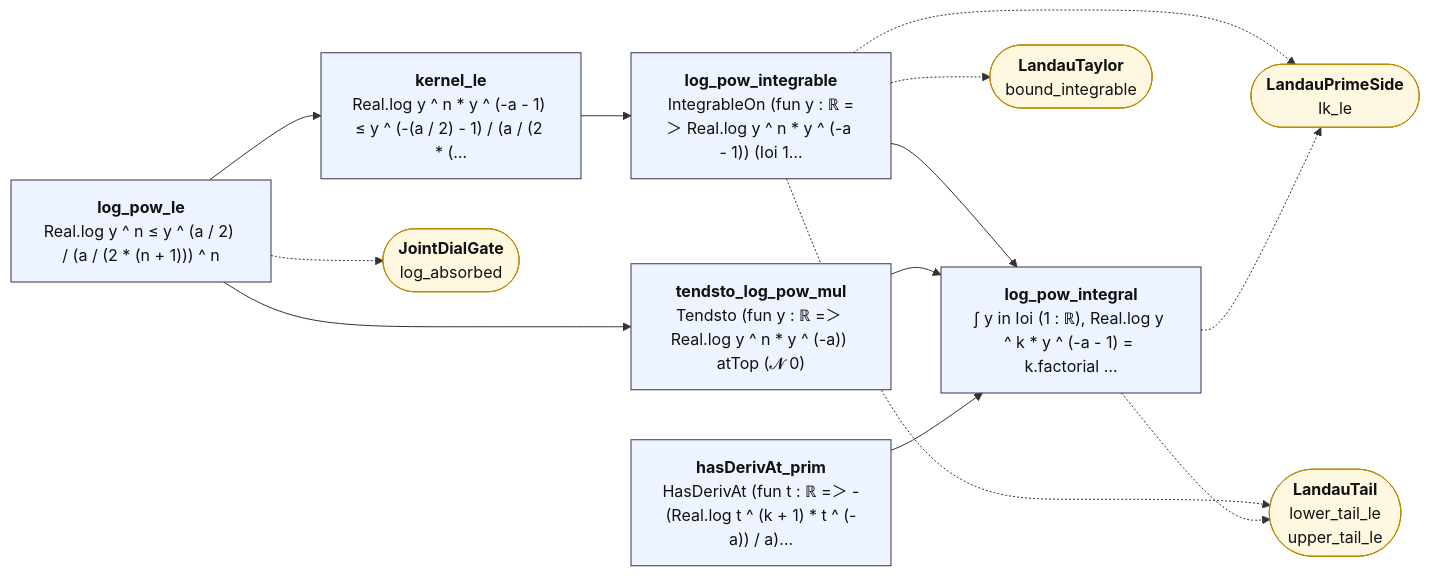
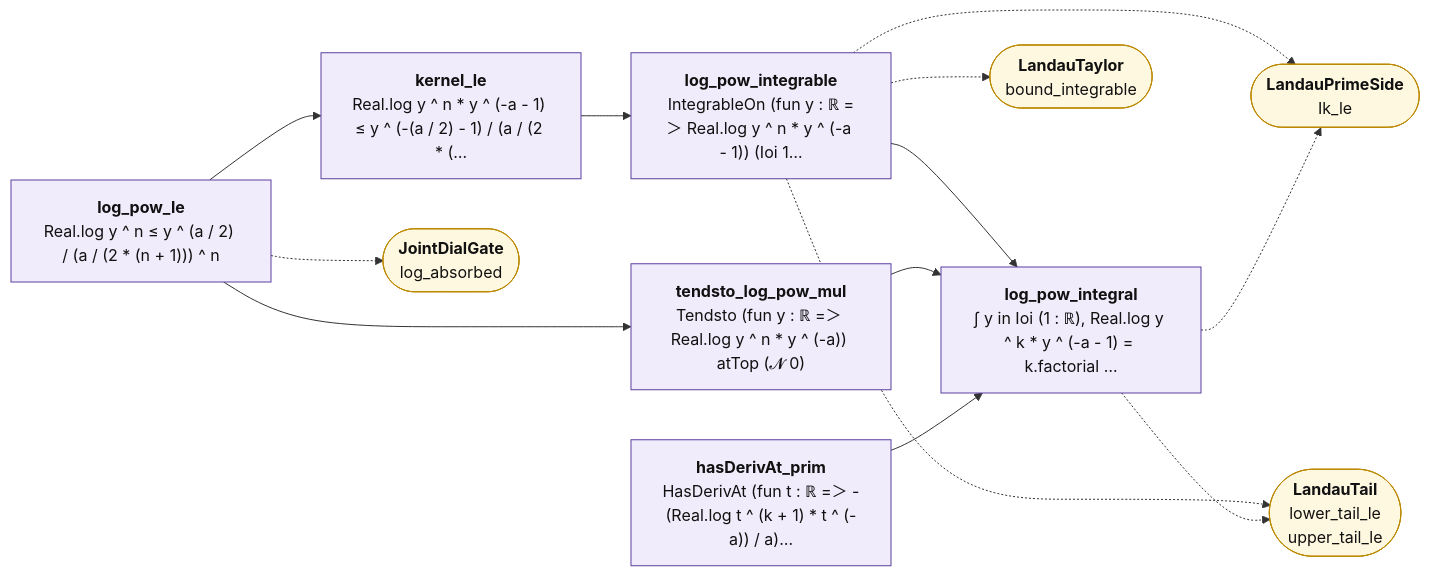
The diagram in map/lean_stage3/LandauKernel.md (juliansambranojr/Primebeat_081426), drawn with Mermaid before and after one commit. The commit also changed other lines of this file and 398 other files, not shown here.

````diff
--- a/map/lean_stage3/LandauKernel.md
+++ b/map/lean_stage3/LandauKernel.md
@@ -12,30 +12,33 @@
 ```mermaid
 flowchart LR
-  n0["<b>log_pow_le</b><br/>Real.log y ^ n ≤ y ^ (a / 2) / (a / (2 * (n + 1))) ^ n"]:::thm
-  n1["<b>kernel_le</b><br/>Real.log y ^ n * y ^ (-a - 1) ≤ y ^ (-(a / 2) - 1) / (a / (2 * (…"]:::thm
-  n2["<b>log_pow_integrable</b><br/>IntegrableOn (fun y : ℝ =＞ Real.log y ^ n * y ^ (-a - 1)) (Ioi 1…"]:::thm
-  n3["<b>tendsto_log_pow_mul</b><br/>Tendsto (fun y : ℝ =＞ Real.log y ^ n * y ^ (-a)) atTop (𝓝 0)"]:::thm
-  n4["<b>hasDerivAt_prim</b><br/>HasDerivAt (fun t : ℝ =＞ -(Real.log t ^ (k + 1) * t ^ (-a)) / a)…"]:::thm
-  n5["<b>log_pow_integral</b><br/>∫ y in Ioi (1 : ℝ), Real.log y ^ k * y ^ (-a - 1) = k.factorial …"]:::thm
+  n0["<b>log_pow_le</b><br/>Real.log y ^ n ≤ y ^ (a / 2) / (a / (2 * (n + 1))) ^ n"]:::shp
+  n1["<b>kernel_le</b><br/>Real.log y ^ n * y ^ (-a - 1) ≤ y ^ (-(a / 2) - 1) / (a / (2 * (…"]:::shp
+  n2["<b>log_pow_integrable</b><br/>IntegrableOn (fun y : ℝ =＞ Real.log y ^ n * y ^ (-a - 1)) (Ioi 1…"]:::shp
+  n3["<b>tendsto_log_pow_mul</b><br/>Tendsto (fun y : ℝ =＞ Real.log y ^ n * y ^ (-a)) atTop (𝓝 0)"]:::shp
+  n4["<b>hasDerivAt_prim</b><br/>HasDerivAt (fun t : ℝ =＞ -(Real.log t ^ (k + 1) * t ^ (-a)) / a)…"]:::shp
+  n5["<b>log_pow_integral</b><br/>∫ y in Ioi (1 : ℝ), Real.log y ^ k * y ^ (-a - 1) = k.factorial …"]:::shp
   x0(["<b>JointDialGate</b><br/>log_absorbed"]):::ext
   x1(["<b>LandauPrimeSide</b><br/>Ik_le"]):::ext
   x2(["<b>LandauTail</b><br/>lower_tail_le<br/>upper_tail_le"]):::ext
   x3(["<b>LandauTaylor</b><br/>bound_integrable"]):::ext
   n0 --> n1
   n0 --> n3
   n1 --> n2
   n2 --> n5
   n3 --> n5
   n4 --> n5
   n0 -.-> x0
   n2 -.-> x1
   n2 -.-> x2
   n2 -.-> x3
   n5 -.-> x1
   n5 -.-> x2
+  classDef cnt fill:#dff5ec,stroke:#17694a,color:#111
+  classDef shp fill:#f1ecfb,stroke:#5b3fa0,color:#111
+  classDef rh fill:#ffe5e5,stroke:#c22,color:#111,stroke-width:2px
   classDef thm fill:#eef4ff,stroke:#335,color:#111
   classDef end_ fill:#e7f7e7,stroke:#2a7,color:#111,stroke-width:2px
   classDef lone fill:#fff,stroke:#999,color:#111,stroke-dasharray:4 3
   classDef bad fill:#ffe5e5,stroke:#c22,color:#111,stroke-width:2px
   classDef ext fill:#fff8e1,stroke:#b80,color:#111
 ```
````
